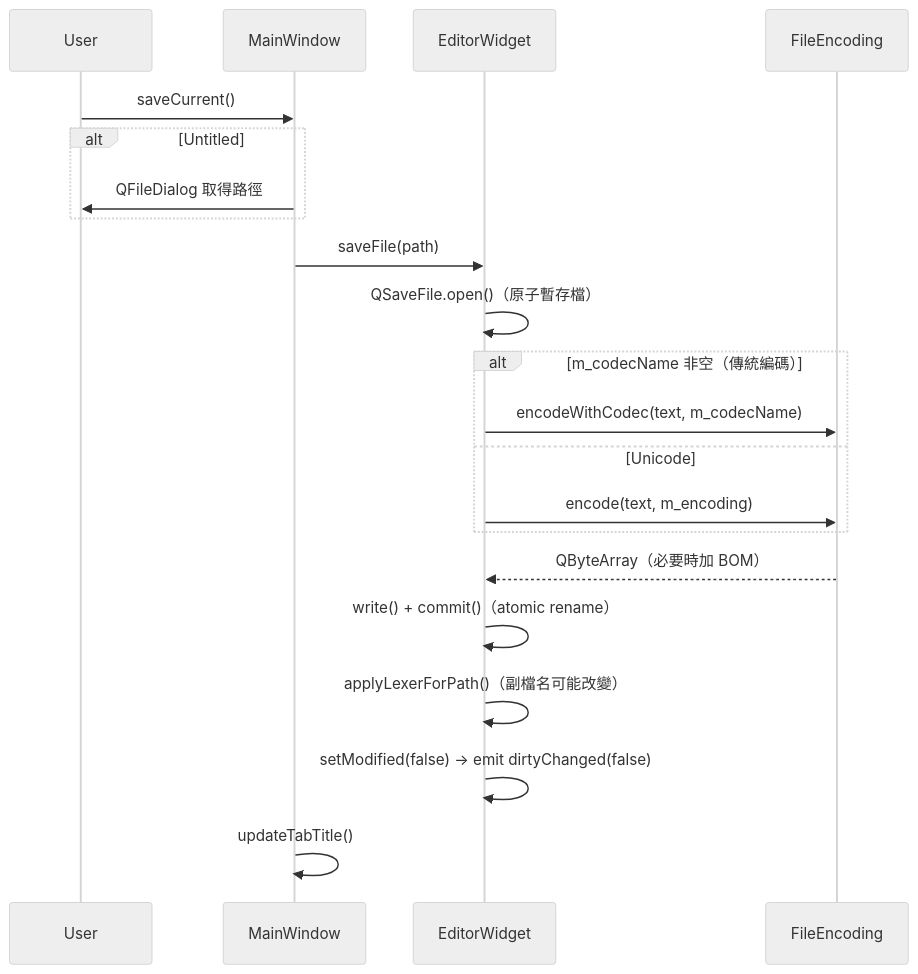
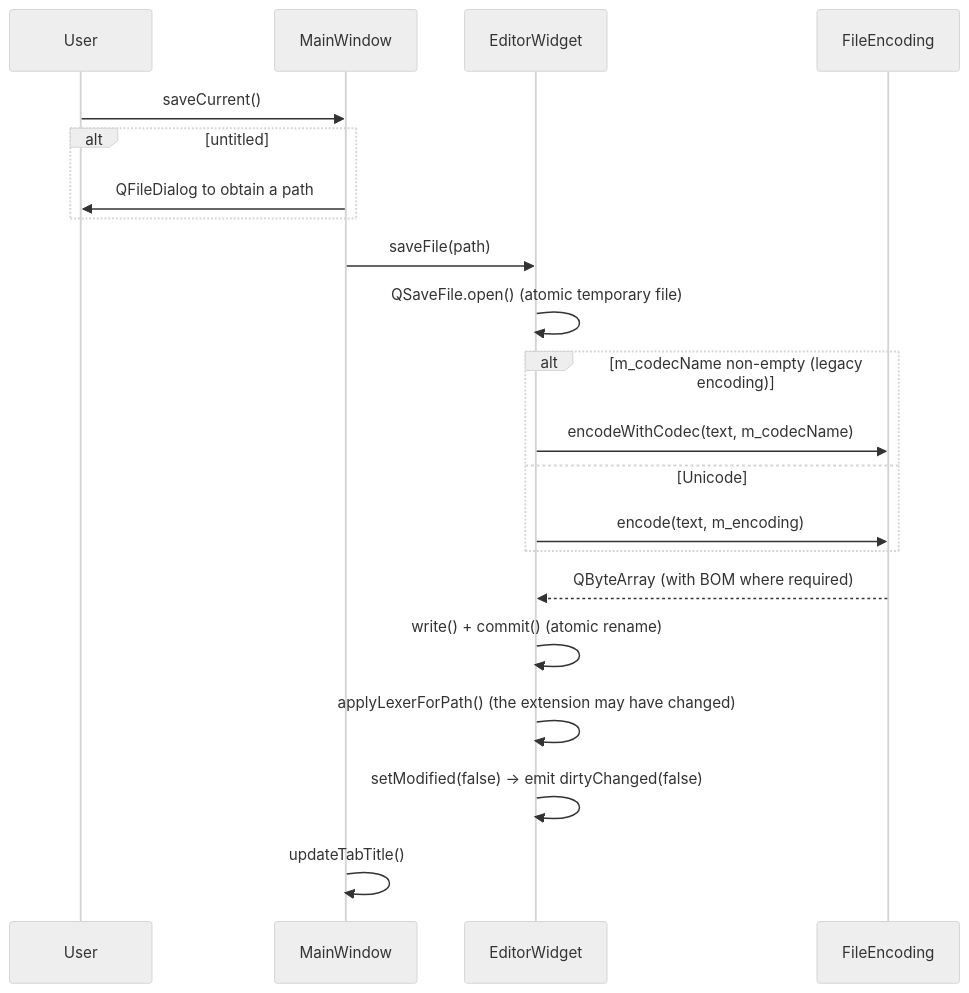
Diagram 12 of 23 in docs/design.md (EddyKuo/macpadpp), drawn with Mermaid (neutral theme) before and after one commit. The commit also changed other lines of this file and 24 other files, not shown here.

````diff
--- a/docs/design.md
+++ b/docs/design.md
@@ -682,24 +710,24 @@
 ```mermaid
 sequenceDiagram
     participant User
     participant MW as MainWindow
     participant EW as EditorWidget
     participant FE as FileEncoding
 
     User->>MW: saveCurrent()
-    alt Untitled
-        MW->>User: QFileDialog 取得路徑
+    alt untitled
+        MW->>User: QFileDialog to obtain a path
     end
     MW->>EW: saveFile(path)
-    EW->>EW: QSaveFile.open()（原子暫存檔）
-    alt m_codecName 非空（傳統編碼）
+    EW->>EW: QSaveFile.open() (atomic temporary file)
+    alt m_codecName non-empty (legacy encoding)
         EW->>FE: encodeWithCodec(text, m_codecName)
     else Unicode
         EW->>FE: encode(text, m_encoding)
     end
-    FE-->>EW: QByteArray（必要時加 BOM）
-    EW->>EW: write() + commit()（atomic rename）
-    EW->>EW: applyLexerForPath()（副檔名可能改變）
+    FE-->>EW: QByteArray (with BOM where required)
+    EW->>EW: write() + commit() (atomic rename)
+    EW->>EW: applyLexerForPath() (the extension may have changed)
     EW->>EW: setModified(false) → emit dirtyChanged(false)
     MW->>MW: updateTabTitle()
 ```
````
